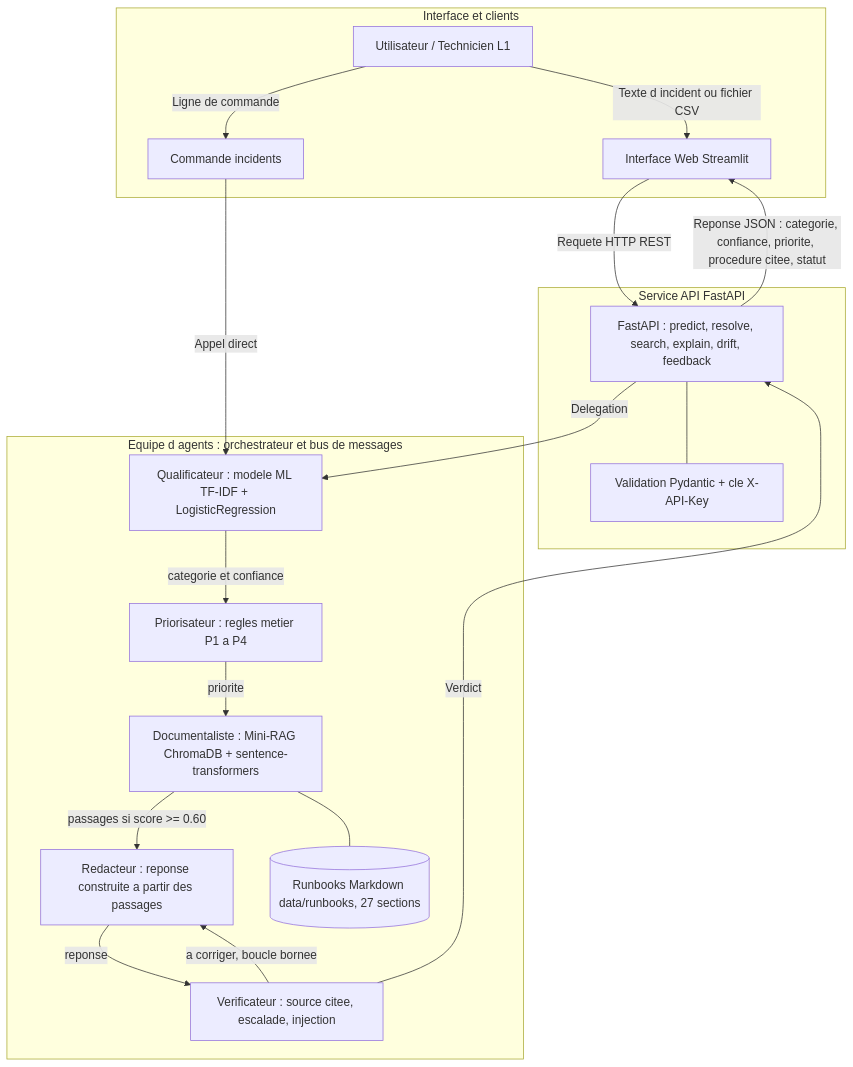
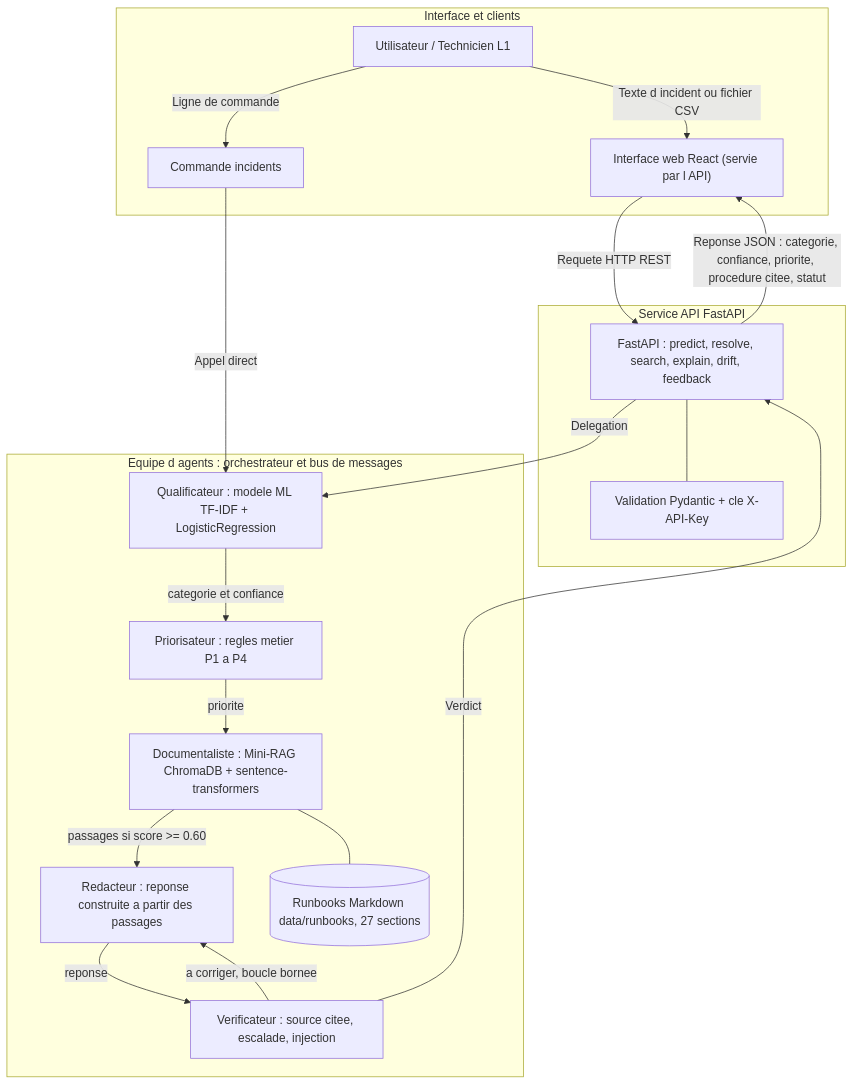
The diagram in docs/semaine1/3-maquette.md (inazuma2004/Lamzouri_Ishak-Amrani_Ismail_Projet20), drawn with Mermaid before and after one commit. The commit also changed other lines of this file and 17 other files, not shown here.

````diff
--- a/docs/semaine1/3-maquette.md
+++ b/docs/semaine1/3-maquette.md
@@ -13,38 +13,38 @@
 ```mermaid
 flowchart TD
     subgraph Client ["Interface et clients"]
         U["Utilisateur / Technicien L1"]
-        UI["Interface Web Streamlit"]
+        UI["Interface web React (servie par l API)"]
         CLI["Commande incidents"]
         U -->|Texte d incident ou fichier CSV| UI
         U -->|Ligne de commande| CLI
     end
 
     subgraph Backend ["Service API FastAPI"]
         API["FastAPI : predict, resolve, search, explain, drift, feedback"]
         VAL["Validation Pydantic + cle X-API-Key"]
         API --- VAL
     end
 
     subgraph Intelligence ["Equipe d agents : orchestrateur et bus de messages"]
         Q["Qualificateur : modele ML TF-IDF + LogisticRegression"]
         P["Priorisateur : regles metier P1 a P4"]
         D["Documentaliste : Mini-RAG ChromaDB + sentence-transformers"]
         R["Redacteur : reponse construite a partir des passages"]
         V["Verificateur : source citee, escalade, injection"]
         RUNBOOKS[("Runbooks Markdown data/runbooks, 27 sections")]
 
         Q -->|categorie et confiance| P
         P -->|priorite| D
         D -->|passages si score >= 0.60| R
         R -->|reponse| V
         V -->|a corriger, boucle bornee| R
         D --- RUNBOOKS
     end
 
     UI -->|Requete HTTP REST| API
     CLI -->|Appel direct| Q
     API -->|Delegation| Q
     V -->|Verdict| API
     API -->|Reponse JSON : categorie, confiance, priorite, procedure citee, statut| UI
 ```
````
